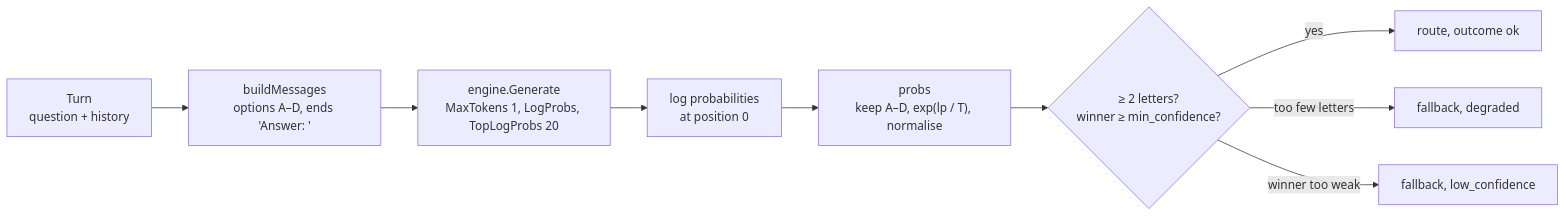
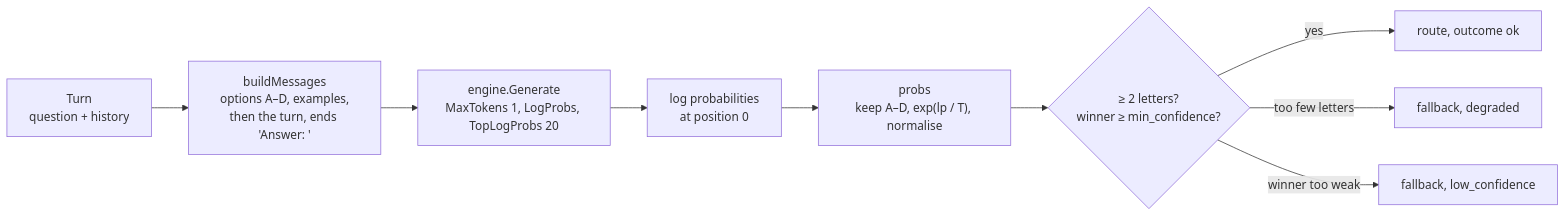
One commit to aarora79/meru changed the diagram in docs/coding-notes/router.md. Above: the diagram before and after it, drawn with Mermaid. The commit also changed other lines of this file and 13 other files, not shown here.

````diff
--- a/docs/coding-notes/router.md
+++ b/docs/coding-notes/router.md
@@ -20,11 +21,11 @@
 ```mermaid
 flowchart LR
-    T["Turn<br/>question + history"] --> P["buildMessages<br/>options A–D, ends 'Answer: '"]
+    T["Turn<br/>question + history"] --> P["buildMessages<br/>options A–D, examples,<br/>then the turn, ends 'Answer: '"]
     P --> G["engine.Generate<br/>MaxTokens 1, LogProbs, TopLogProbs 20"]
     G --> L["log probabilities<br/>at position 0"]
     L --> F["probs<br/>keep A–D, exp(lp / T), normalise"]
     F --> C{"≥ 2 letters?<br/>winner ≥ min_confidence?"}
     C -- yes --> R["route, outcome ok"]
     C -- "too few letters" --> D["fallback, degraded"]
     C -- "winner too weak" --> W["fallback, low_confidence"]
 ```
````
